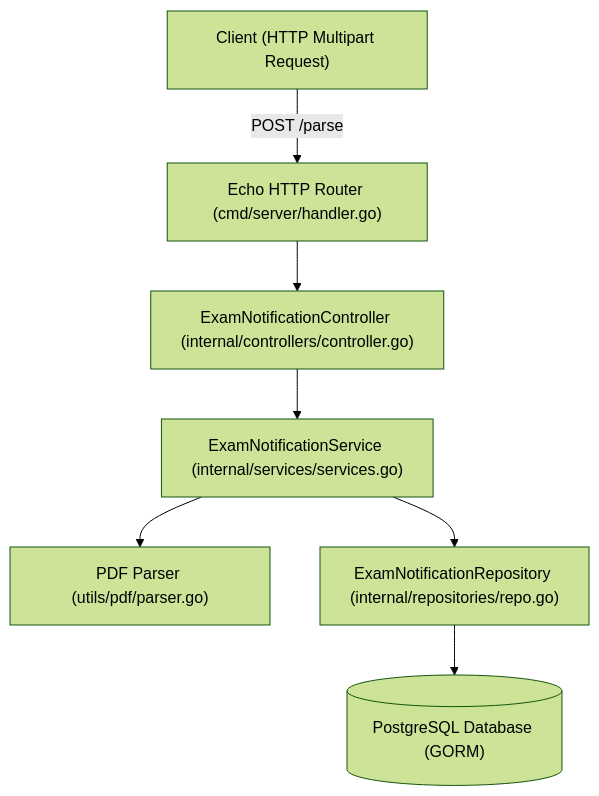
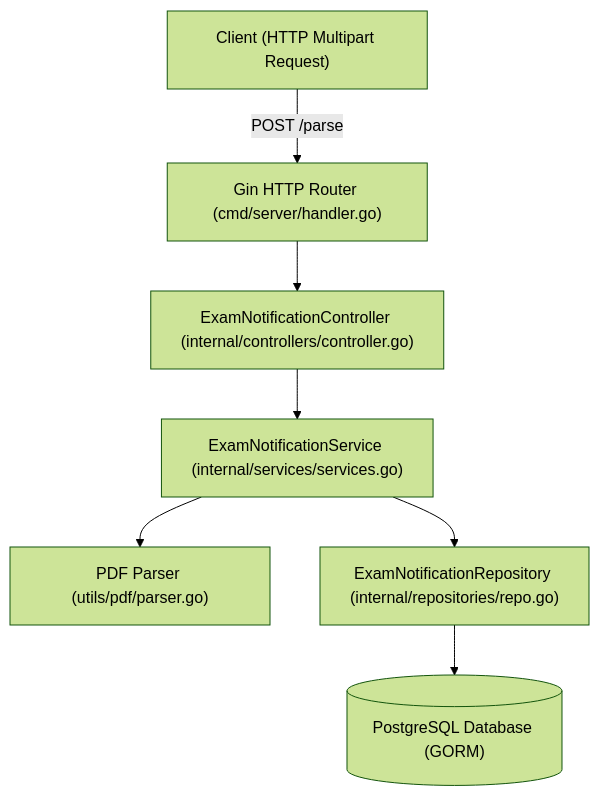
Before and after one commit to examsync/pdf-parser: the diagram in README.md, drawn with Mermaid (forest theme). The commit also changed other lines of this file and 8 other files, not shown here.

Commit message:
refactor: convert web framework from Echo v5 to Gin Gonic

````diff
--- a/README.md
+++ b/README.md
@@ -69,9 +69,9 @@
 ```mermaid
 graph TD
-    Client["Client (HTTP Multipart Request)"] -->|POST /parse| Router["Echo HTTP Router (cmd/server/handler.go)"]
+    Client["Client (HTTP Multipart Request)"] -->|POST /parse| Router["Gin HTTP Router (cmd/server/handler.go)"]
     Router --> Controller["ExamNotificationController (internal/controllers/controller.go)"]
     Controller --> Service["ExamNotificationService (internal/services/services.go)"]
     Service --> PDFParser["PDF Parser (utils/pdf/parser.go)"]
     Service --> Repo["ExamNotificationRepository (internal/repositories/repo.go)"]
     Repo --> DB[("PostgreSQL Database (GORM)")]
 ```
````
